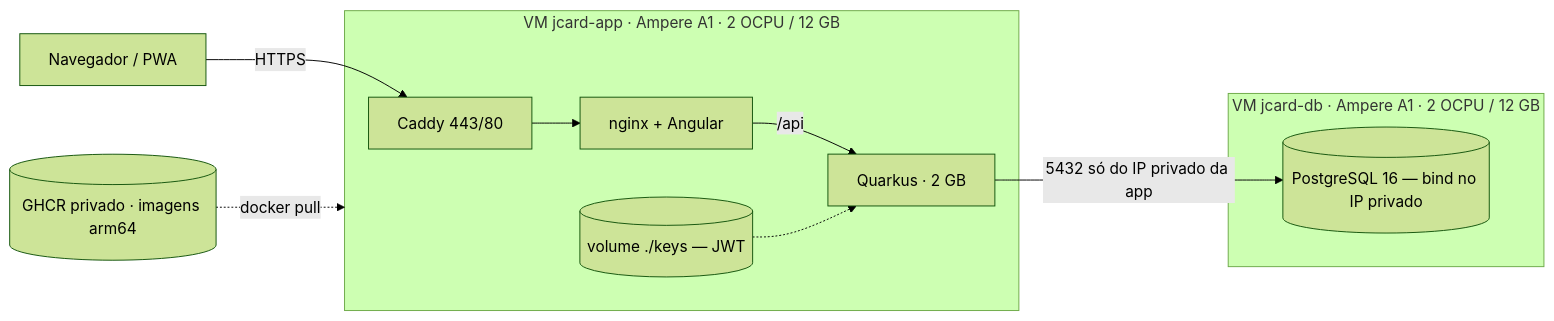
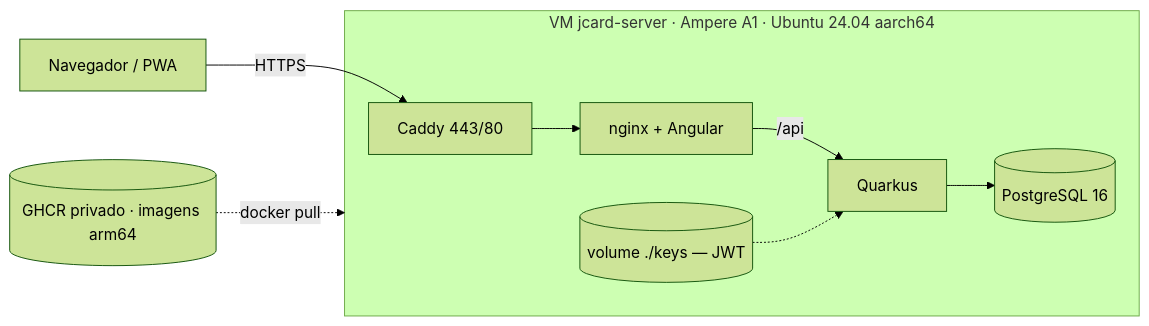
One commit to daniloav/jcardapp changed the diagram in docs/topologia.md. Above: the diagram before and after it, drawn with Mermaid (forest theme). The commit also changed other lines of this file and 13 other files, not shown here.

````diff
--- a/docs/topologia.md
+++ b/docs/topologia.md
@@ -6,14 +6,11 @@
 ```mermaid
 flowchart LR
   U[Navegador / PWA] -->|HTTPS| CADDY
-  subgraph APP["VM jcard-app · Ampere A1 · 2 OCPU / 12 GB"]
+  subgraph VM["VM jcard-server · Ampere A1 · Ubuntu 24.04 aarch64"]
     CADDY[Caddy 443/80] --> FE[nginx + Angular]
-    FE -->|/api| BE[Quarkus · 2 GB]
+    FE -->|/api| BE[Quarkus]
+    BE --> PG[("PostgreSQL 16")]
     KEYS[("volume ./keys — JWT")] -.-> BE
   end
-  subgraph DB["VM jcard-db · Ampere A1 · 2 OCPU / 12 GB"]
-    PG[("PostgreSQL 16 — bind no IP privado")]
-  end
-  BE -->|"5432 só do IP privado da app"| PG
-  GHCR[("GHCR privado · imagens arm64")] -.->|docker pull| APP
+  GHCR[("GHCR privado · imagens arm64")] -.->|docker pull| VM
 ```
````
